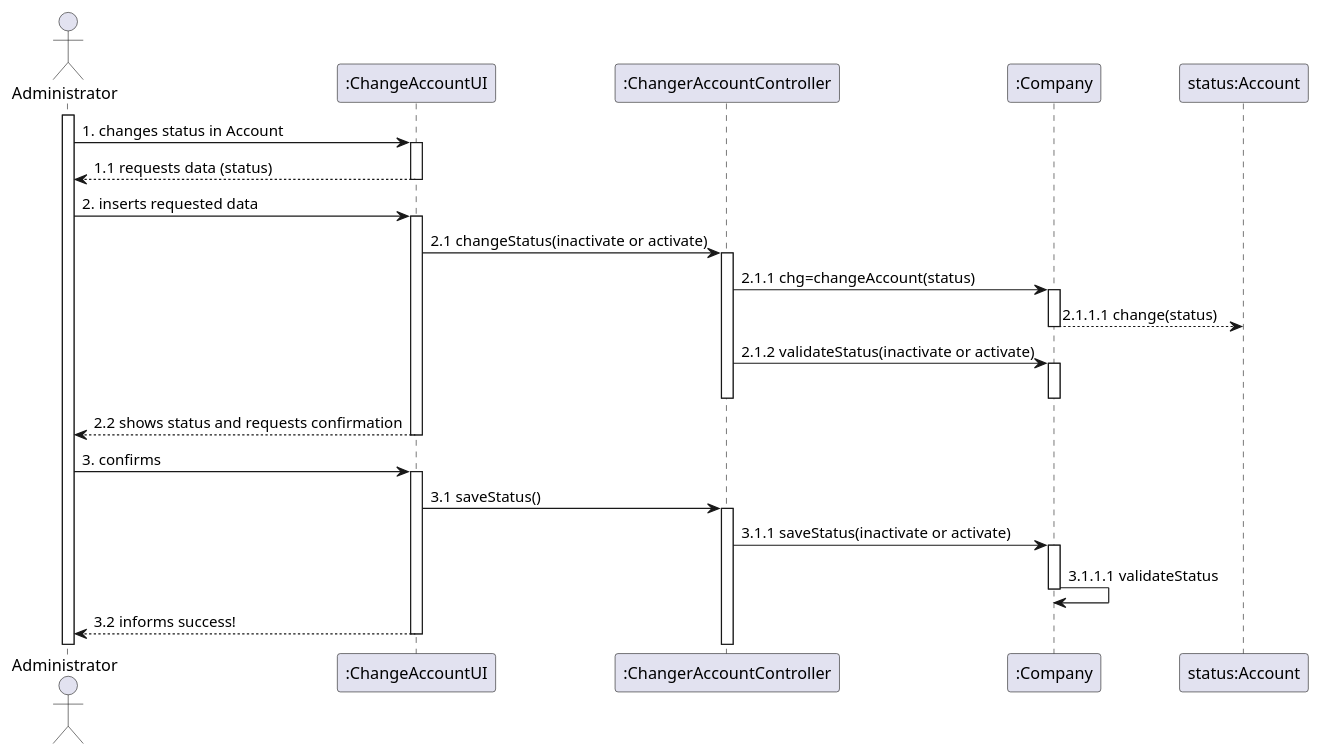
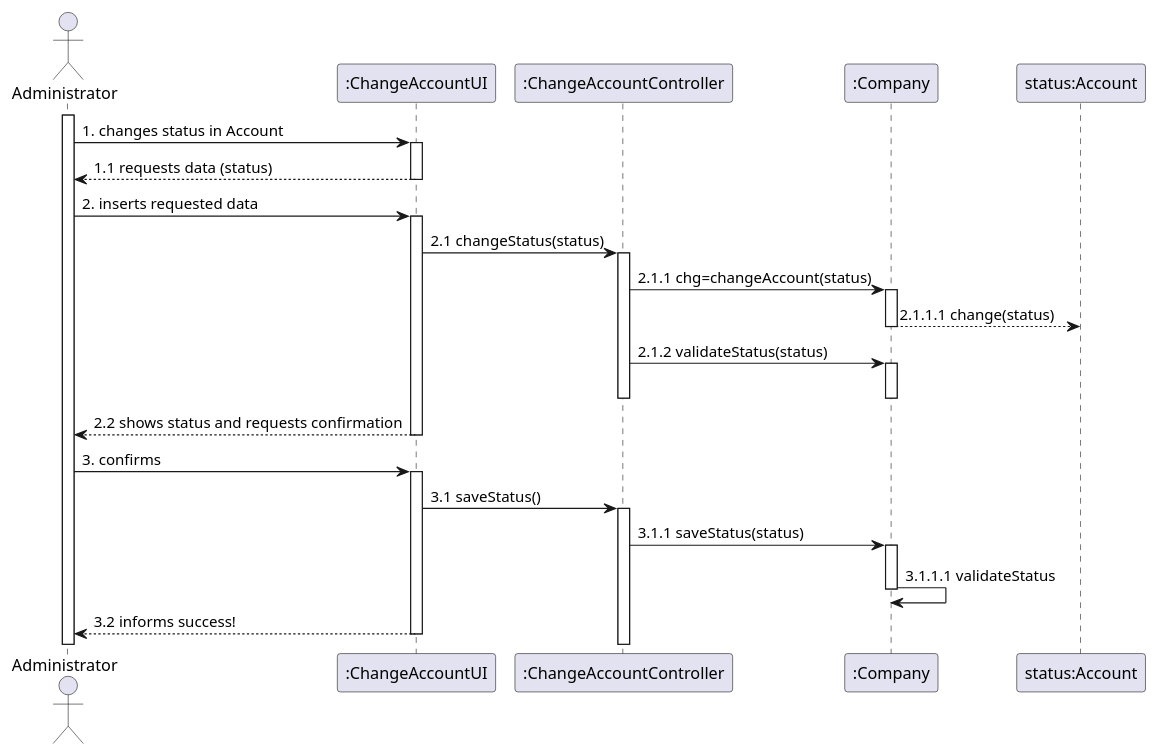
The diagram in docs/modelling_design/user_stories/us005/US005_Sequence_Diagram.puml (Loracline/project_switch_22-23), drawn with PlantUML before and after one commit. The commit also changed 2 other files, not shown here.

Commit message:
US 006: Design: update class Diagram / update SSD

```diff
--- a/docs/modelling_design/user_stories/us005/US005_Sequence_Diagram.puml
+++ b/docs/modelling_design/user_stories/us005/US005_Sequence_Diagram.puml
@@ -2,42 +2,42 @@
 @startuml
 'última versão
 'https://plantuml.com/sequence-diagram
 
 
 actor "Administrator"
 participant ":ChangeAccountUI" as caUi
-participant ":ChangerAccountController" as cac
+participant ":ChangeAccountController" as cac
 participant ":Company" as company
 participant "status:Account" as Account
 
 activate Administrator
 Administrator  -> caUi : 1. changes status in Account
 activate caUi
 caUi --> Administrator: 1.1 requests data (status)
 deactivate caUi
 Administrator -> caUi: 2. inserts requested data
 activate caUi
-caUi -> cac: 2.1 changeStatus(inactivate or activate)
+caUi -> cac: 2.1 changeStatus(status)
 activate cac
 cac -> company: 2.1.1 chg=changeAccount(status)
 activate company
 company --> Account: 2.1.1.1 change(status)
 deactivate company
-cac -> company: 2.1.2 validateStatus(inactivate or activate)
+cac -> company: 2.1.2 validateStatus(status)
 activate company
 deactivate cac
 deactivate company
 caUi --> Administrator: 2.2 shows status and requests confirmation
 deactivate caUi
 Administrator -> caUi: 3. confirms
 activate caUi
 caUi -> cac: 3.1 saveStatus()
 activate cac
-cac -> company: 3.1.1 saveStatus(inactivate or activate)
+cac -> company: 3.1.1 saveStatus(status)
 activate company
 company -> company: 3.1.1.1 validateStatus
 deactivate company
 caUi --> Administrator: 3.2 informs success!
 deactivate caUi
 
 @enduml
```
